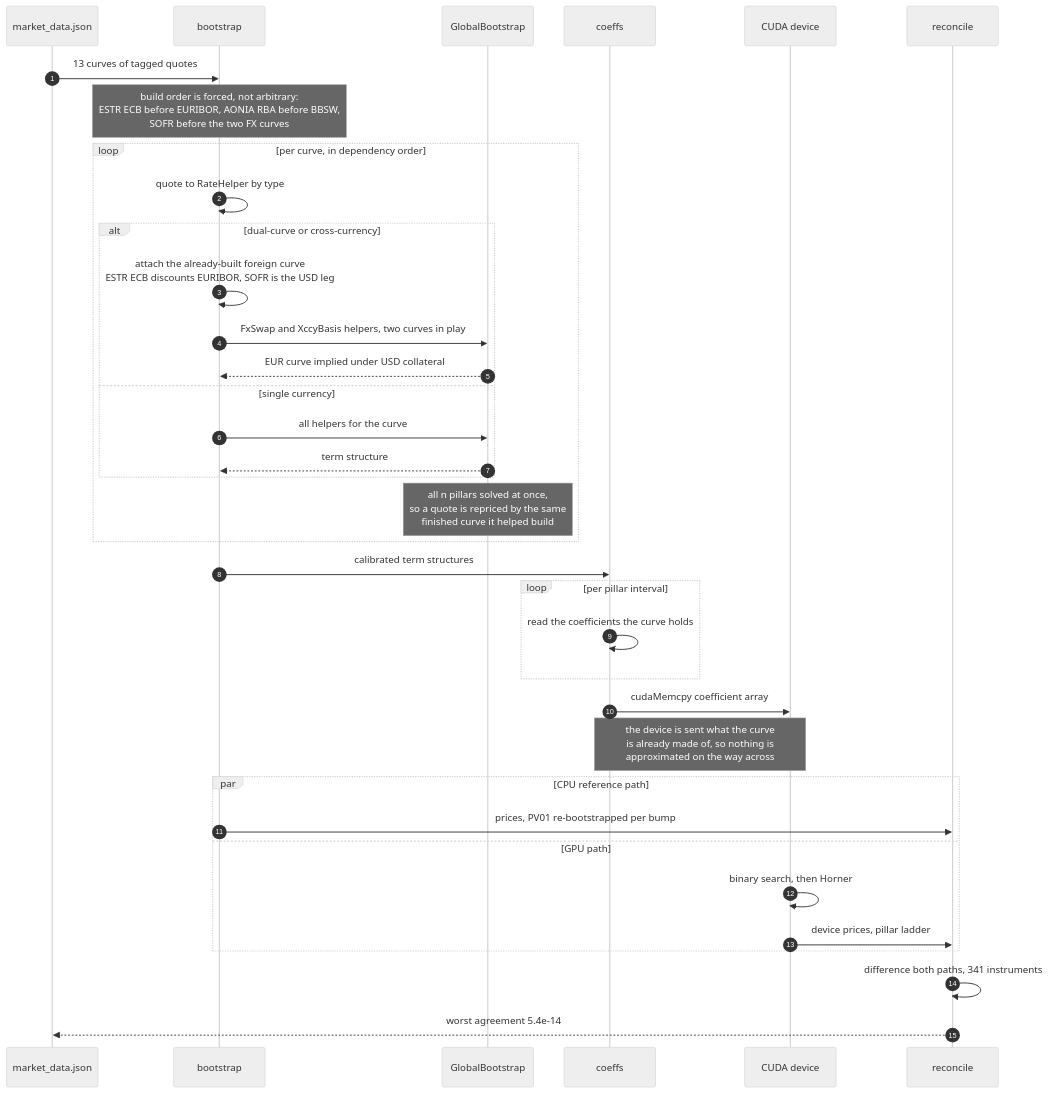
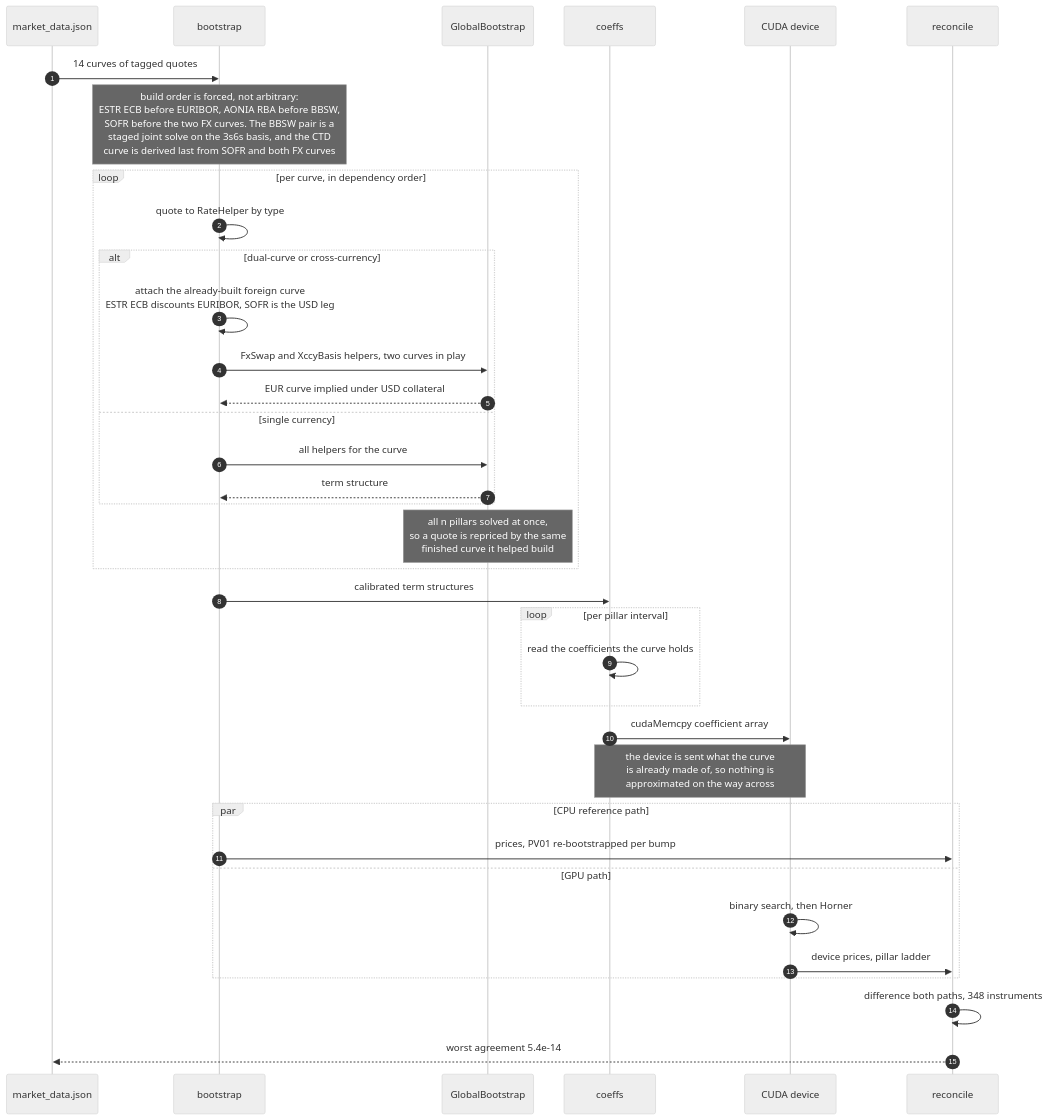
The diagram in src/components/dashboards/curve_model/diagrams/valuation-run.mmd (jrwglover/portfolio), drawn with Mermaid (neutral theme) before and after one commit. The commit also changed 20 other files, not shown here.

First line of the commit message:
Full-range BBSW pair via 3s6s basis and the USD CSA CTD curve

```diff
--- a/src/components/dashboards/curve_model/diagrams/valuation-run.mmd
+++ b/src/components/dashboards/curve_model/diagrams/valuation-run.mmd
@@ -1,45 +1,45 @@
 %% One valuation run, in order, with the real operations named.
 %% Note: avoid "->", angle brackets and semicolons in message text. The
 %% lexer reads them as arrow tokens and fails to parse.
 sequenceDiagram
   autonumber
   participant MD as market_data.json
   participant B as bootstrap
   participant QL as GlobalBootstrap
   participant SC as coeffs
   participant GPU as CUDA device
   participant V as reconcile
 
-  MD->>B: 13 curves of tagged quotes
+  MD->>B: 14 curves of tagged quotes
 
-  Note over B: build order is forced, not arbitrary:<br/>ESTR ECB before EURIBOR, AONIA RBA before BBSW,<br/>SOFR before the two FX curves
+  Note over B: build order is forced, not arbitrary:<br/>ESTR ECB before EURIBOR, AONIA RBA before BBSW,<br/>SOFR before the two FX curves. The BBSW pair is a<br/>staged joint solve on the 3s6s basis, and the CTD<br/>curve is derived last from SOFR and both FX curves
 
   loop per curve, in dependency order
     B->>B: quote to RateHelper by type
     alt dual-curve or cross-currency
       B->>B: attach the already-built foreign curve<br/>ESTR ECB discounts EURIBOR, SOFR is the USD leg
       B->>QL: FxSwap and XccyBasis helpers, two curves in play
       QL-->>B: EUR curve implied under USD collateral
     else single currency
       B->>QL: all helpers for the curve
       QL-->>B: term structure
     end
     Note over QL: all n pillars solved at once,<br/>so a quote is repriced by the same<br/>finished curve it helped build
   end
 
   B->>SC: calibrated term structures
   loop per pillar interval
     SC->>SC: read the coefficients the curve holds
   end
   SC->>GPU: cudaMemcpy coefficient array
   Note over SC,GPU: the device is sent what the curve<br/>is already made of, so nothing is<br/>approximated on the way across
 
   par CPU reference path
     B->>V: prices, PV01 re-bootstrapped per bump
   and GPU path
     GPU->>GPU: binary search, then Horner
     GPU->>V: device prices, pillar ladder
   end
 
-  V->>V: difference both paths, 341 instruments
+  V->>V: difference both paths, 348 instruments
   V-->>MD: worst agreement 5.4e-14
```
